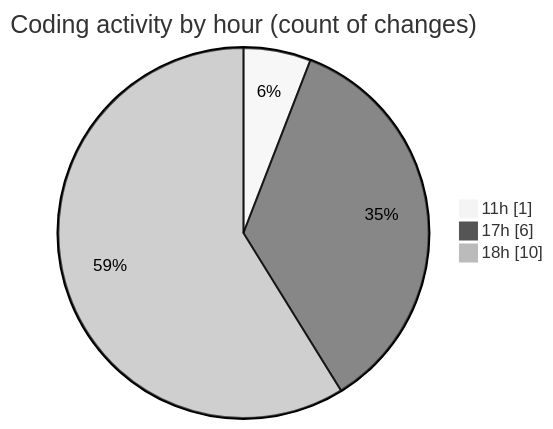
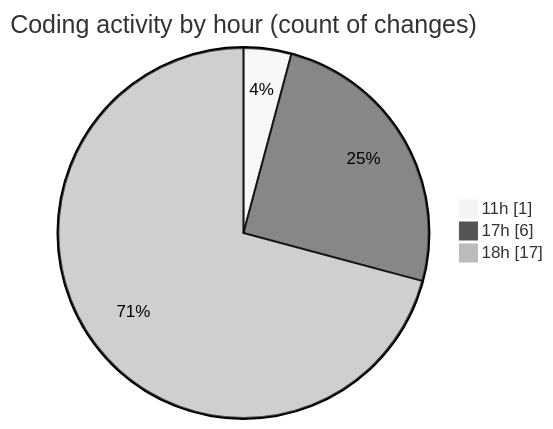
The second of 2 diagrams in 2025-12-23/nxtqube_webapp/README.md (nxtqubesakshisongat/code-tracking), drawn with Mermaid (neutral theme) before and after one commit. The commit also changed other lines of this file and 1 other file, not shown here.

````diff
--- a/2025-12-23/nxtqube_webapp/README.md
+++ b/2025-12-23/nxtqube_webapp/README.md
@@ -34,7 +34,7 @@
 ```mermaid
 pie showData
 title Coding activity by hour (count of changes)
 "11h" : 1
 "17h" : 6
-"18h" : 10
+"18h" : 17
 ```
````
